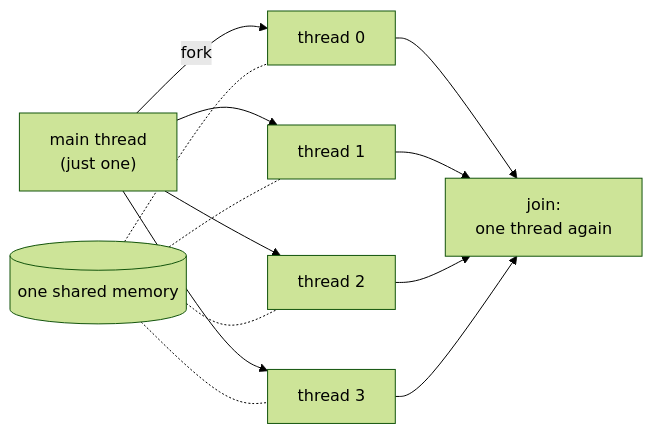
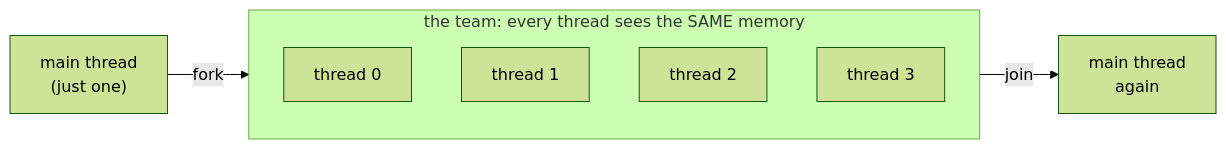
Before and after one commit to AhmedYousriSobhi/aCupOfTea: the first of 2 diagrams in fields/system-administration/openmp-and-open-mpi/threads-and-ranks.md, drawn with Mermaid (forest theme). The commit also changed other lines of this file, not shown here.

Commit message:
docs: tidy the fork-join and reduce diagrams in the OpenMP series
Rendered all six Mermaid diagrams with the pinned Mermaid 12.2.0 in
headless Chromium: no errors. The fork-join picture was a tangle of
crossing lines, so the shared memory is now a box around the team.

````diff
--- a/fields/system-administration/openmp-and-open-mpi/threads-and-ranks.md
+++ b/fields/system-administration/openmp-and-open-mpi/threads-and-ranks.md
@@ -38,15 +38,12 @@
 ```mermaid
 flowchart LR
-    S["main thread<br/>(just one)"] -->|"fork"| T0["thread 0"]
-    S --> T1["thread 1"]
-    S --> T2["thread 2"]
-    S --> T3["thread 3"]
-    T0 --> J["join:<br/>one thread again"]
-    T1 --> J
-    T2 --> J
-    T3 --> J
-    M[("one shared memory")] -.- T0
-    M -.- T1
-    M -.- T2
-    M -.- T3
+    S["main thread<br/>(just one)"] -->|"fork"| T
+    subgraph T["the team: every thread sees the SAME memory"]
+        direction TB
+        T0["thread 0"]
+        T1["thread 1"]
+        T2["thread 2"]
+        T3["thread 3"]
+    end
+    T -->|"join"| J["main thread<br/>again"]
 ```
````
